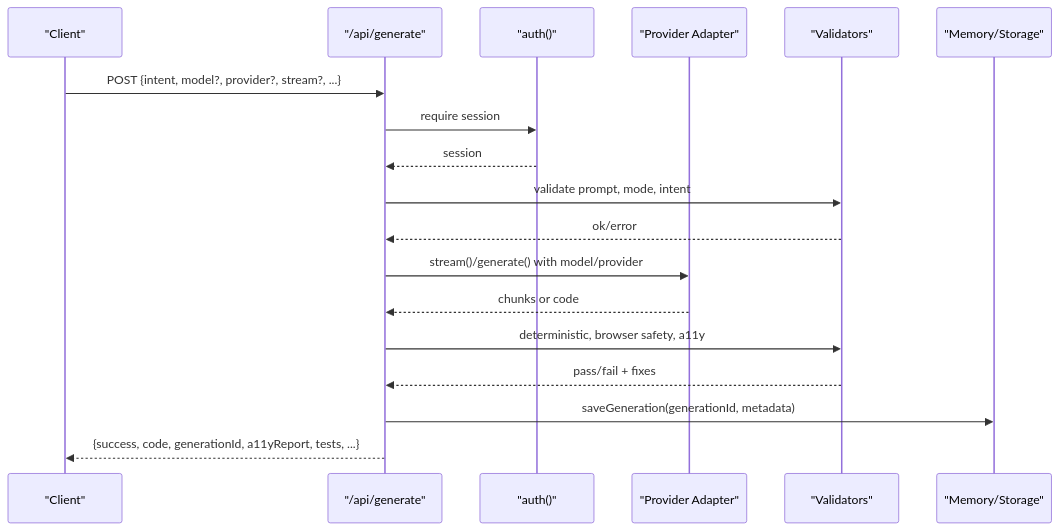
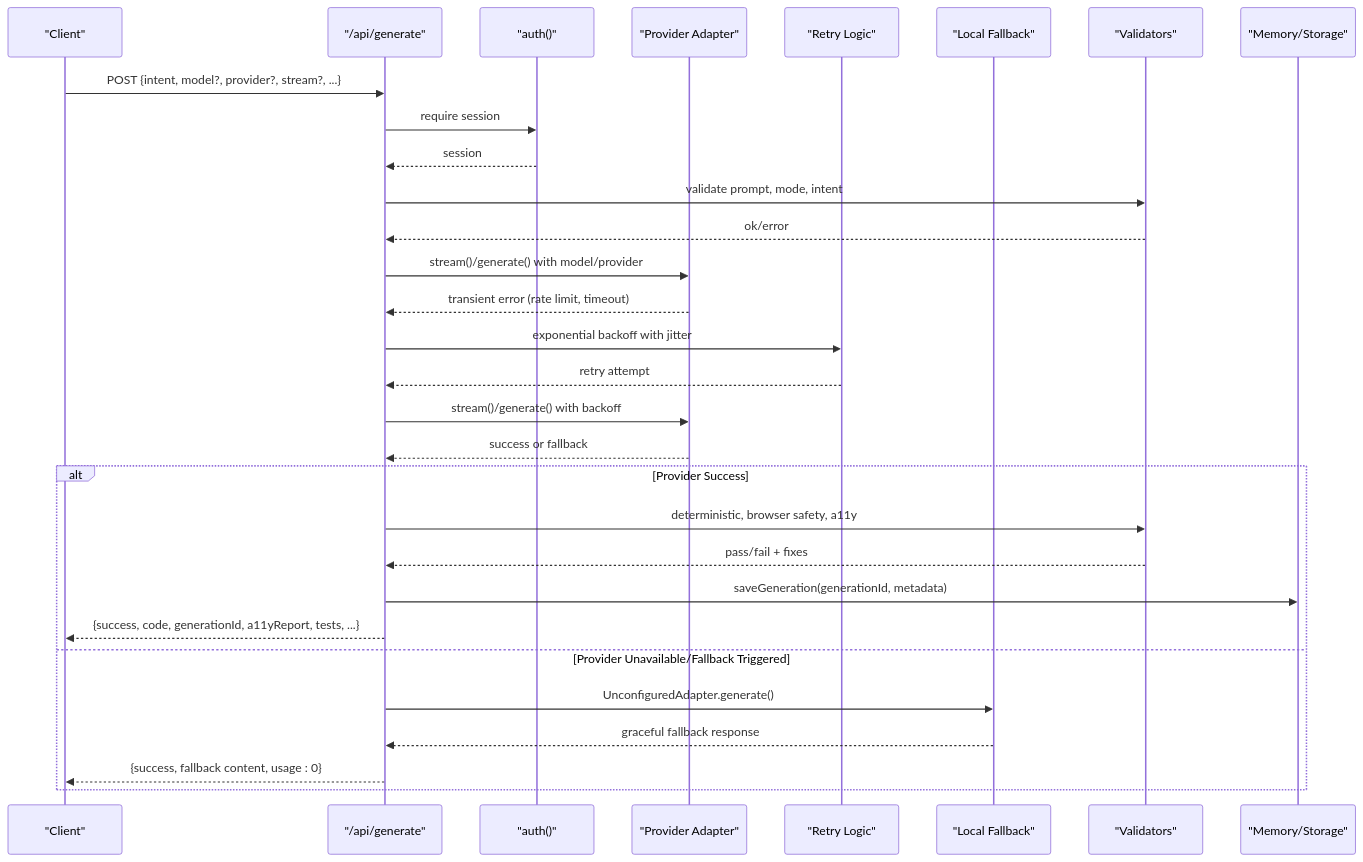
Before and after one commit to shekhargiri005-dotcom/AI-powered-accessibility-first-UI-engine: the second of 4 diagrams in .qoder/repowiki/en/content/API Reference/API Reference.md, drawn with Mermaid. The commit also changed other lines of this file and 71 other files, not shown here.

````diff
--- a/.qoder/repowiki/en/content/API Reference/API Reference.md
+++ b/.qoder/repowiki/en/content/API Reference/API Reference.md
@@ -179,20 +186,32 @@
 ```mermaid
 sequenceDiagram
 participant Client as "Client"
 participant Gen as "/api/generate"
 participant Auth as "auth()"
 participant Prov as "Provider Adapter"
+participant Retry as "Retry Logic"
+participant Fallback as "Local Fallback"
 participant Val as "Validators"
 participant Mem as "Memory/Storage"
 Client->>Gen : POST {intent, model?, provider?, stream?, ...}
 Gen->>Auth : require session
 Auth-->>Gen : session
 Gen->>Val : validate prompt, mode, intent
 Val-->>Gen : ok/error
 Gen->>Prov : stream()/generate() with model/provider
-Prov-->>Gen : chunks or code
+Prov-->>Gen : transient error (rate limit, timeout)
+Gen->>Retry : exponential backoff with jitter
+Retry-->>Gen : retry attempt
+Gen->>Prov : stream()/generate() with backoff
+Prov-->>Gen : success or fallback
+alt Provider Success
 Gen->>Val : deterministic, browser safety, a11y
 Val-->>Gen : pass/fail + fixes
 Gen->>Mem : saveGeneration(generationId, metadata)
 Gen-->>Client : {success, code, generationId, a11yReport, tests, ...}
+else Provider Unavailable/Fallback Triggered
+Gen->>Fallback : UnconfiguredAdapter.generate()
+Fallback-->>Gen : graceful fallback response
+Gen-->>Client : {success, fallback content, usage : 0}
+end
 ```
````
